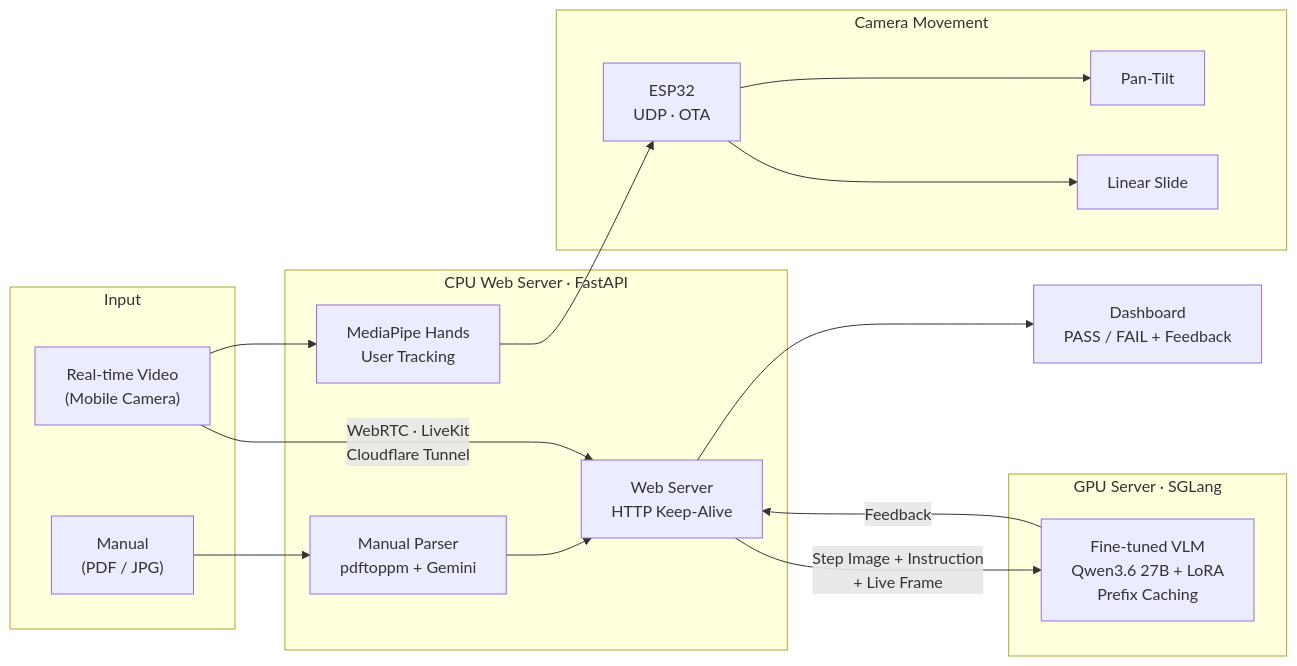
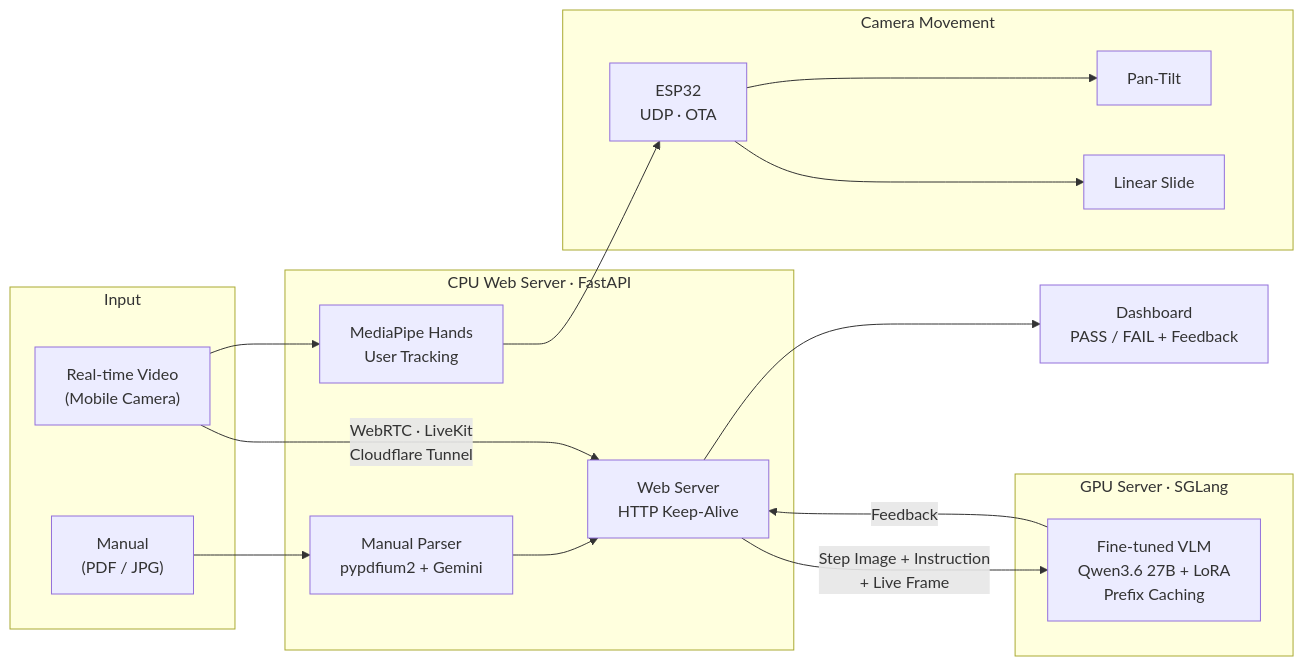
Before and after one commit to dlawjdgus121/Capstone-Project: the diagram in README.md, drawn with Mermaid. The commit also changed other lines of this file, not shown here.

````diff
--- a/README.md
+++ b/README.md
@@ -59,32 +59,32 @@
 ```mermaid
 flowchart LR
     subgraph IN["Input"]
         M["Manual<br/>(PDF / JPG)"]
         C["Real-time Video<br/>(Mobile Camera)"]
     end
 
     subgraph CPU["CPU Web Server · FastAPI"]
-        P["Manual Parser<br/>pdftoppm + Gemini"]
+        P["Manual Parser<br/>pypdfium2 + Gemini"]
         MP["MediaPipe Hands<br/>User Tracking"]
         WS["Web Server<br/>HTTP Keep-Alive"]
     end
 
     subgraph GPU["GPU Server · SGLang"]
         V["Fine-tuned VLM<br/>Qwen3.6 27B + LoRA<br/>Prefix Caching"]
     end
 
     subgraph HW["Camera Movement"]
         E["ESP32<br/>UDP · OTA"]
         PT["Pan-Tilt"]
         LS["Linear Slide"]
     end
 
     UI["Dashboard<br/>PASS / FAIL + Feedback"]
 
     M --> P --> WS
     C -- "WebRTC · LiveKit<br/>Cloudflare Tunnel" --> WS
     C --> MP --> E
     E --> PT & LS
     WS -- "Step Image + Instruction<br/>+ Live Frame" --> V
     V -- "Feedback" --> WS --> UI
 ```
````
